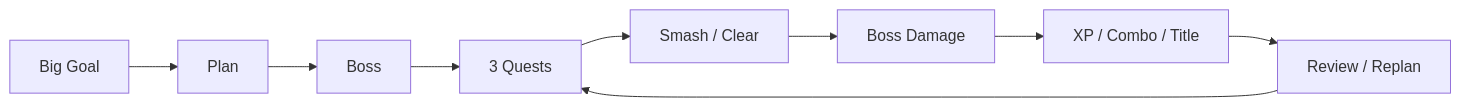
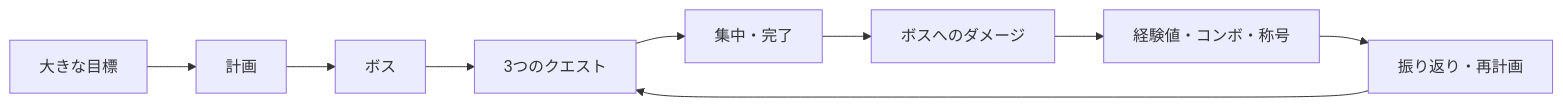
The first of 2 diagrams in README.md (zahin-dev/qlear), drawn with Mermaid before and after one commit. The commit also changed other lines of this file and 2 other files, not shown here.

````diff
--- a/README.md
+++ b/README.md
@@ -121,11 +119,11 @@
 ```mermaid
 flowchart LR
-  A[Big Goal] --> B[Plan]
-  B --> C[Boss]
-  C --> D[3 Quests]
-  D --> E[Smash / Clear]
-  E --> F[Boss Damage]
-  F --> G[XP / Combo / Title]
-  G --> H[Review / Replan]
+  A[大きな目標] --> B[計画]
+  B --> C[ボス]
+  C --> D[3つのクエスト]
+  D --> E[集中・完了]
+  E --> F[ボスへのダメージ]
+  F --> G[経験値・コンボ・称号]
+  G --> H[振り返り・再計画]
   H --> D
 ```
````
